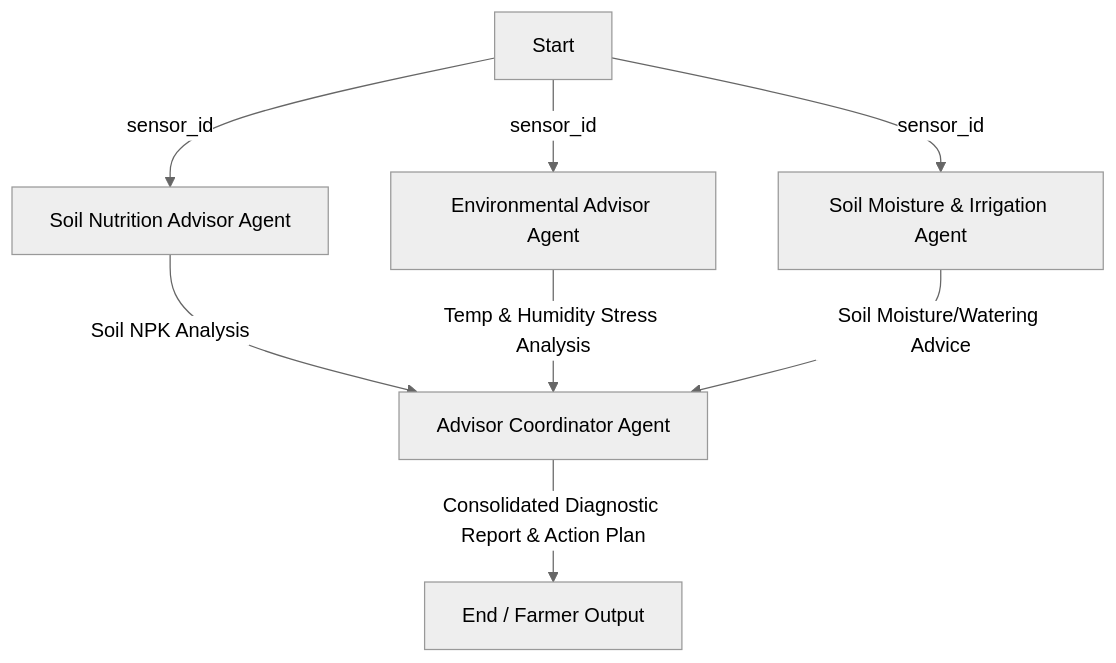
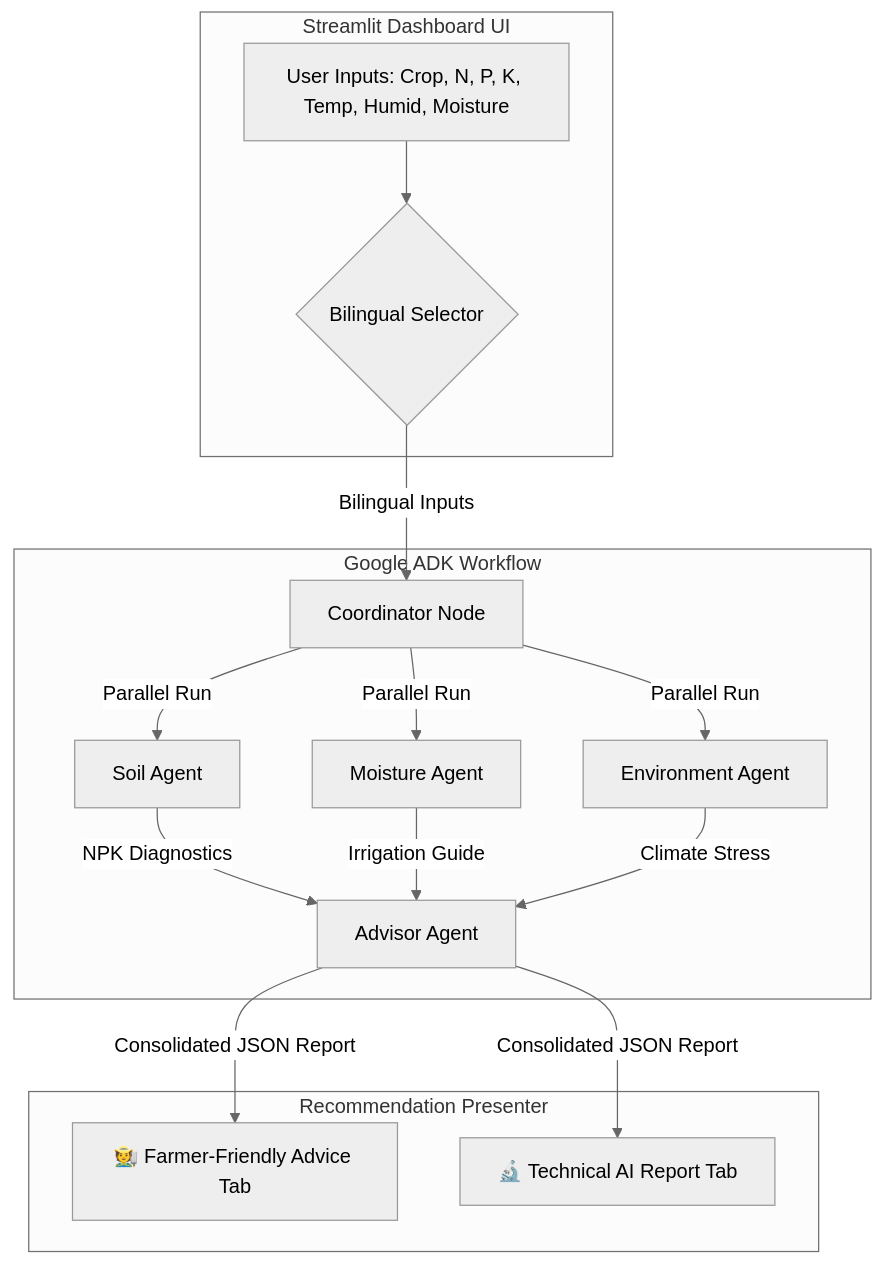
One commit to dhanavikhyatpinnamareddy/plantpulse_guardian_ai changed the diagram in README.md. Above: the diagram before and after it, drawn with Mermaid (neutral theme). The commit also changed other lines of this file, not shown here.

````diff
--- a/README.md
+++ b/README.md
@@ -11,12 +82,28 @@
 ```mermaid
-graph TD
-    START[Start] --> |sensor_id| SoilAgent[Soil Nutrition Advisor Agent]
-    START --> |sensor_id| EnvAgent[Environmental Advisor Agent]
-    START --> |sensor_id| MoistAgent[Soil Moisture & Irrigation Agent]
+flowchart TD
+    subgraph Streamlit Dashboard UI
+        UI[User Inputs: Crop, N, P, K, Temp, Humid, Moisture]
+        LANG{Bilingual Selector}
+    end
 
-    SoilAgent --> |Soil NPK Analysis| Coordinator[Advisor Coordinator Agent]
-    EnvAgent --> |Temp & Humidity Stress Analysis| Coordinator
-    MoistAgent --> |Soil Moisture/Watering Advice| Coordinator
+    subgraph Google ADK Workflow
+        COOR[Coordinator Node]
+        A_Soil[Soil Agent]
+        A_Moist[Moisture Agent]
+        A_Env[Environment Agent]
+        A_Adv[Advisor Agent]
+    end
 
-    Coordinator --> |Consolidated Diagnostic Report & Action Plan| END[End / Farmer Output]
+    subgraph Recommendation Presenter
+        TAB1[🧑‍🌾 Farmer-Friendly Advice Tab]
+        TAB2[🔬 Technical AI Report Tab]
+    end
+
+    UI --> LANG
+    LANG -->|Bilingual Inputs| COOR
+    COOR -->|Parallel Run| A_Soil & A_Moist & A_Env
+    A_Soil -->|NPK Diagnostics| A_Adv
+    A_Moist -->|Irrigation Guide| A_Adv
+    A_Env -->|Climate Stress| A_Adv
+    A_Adv -->|Consolidated JSON Report| TAB1 & TAB2
 ```
````
